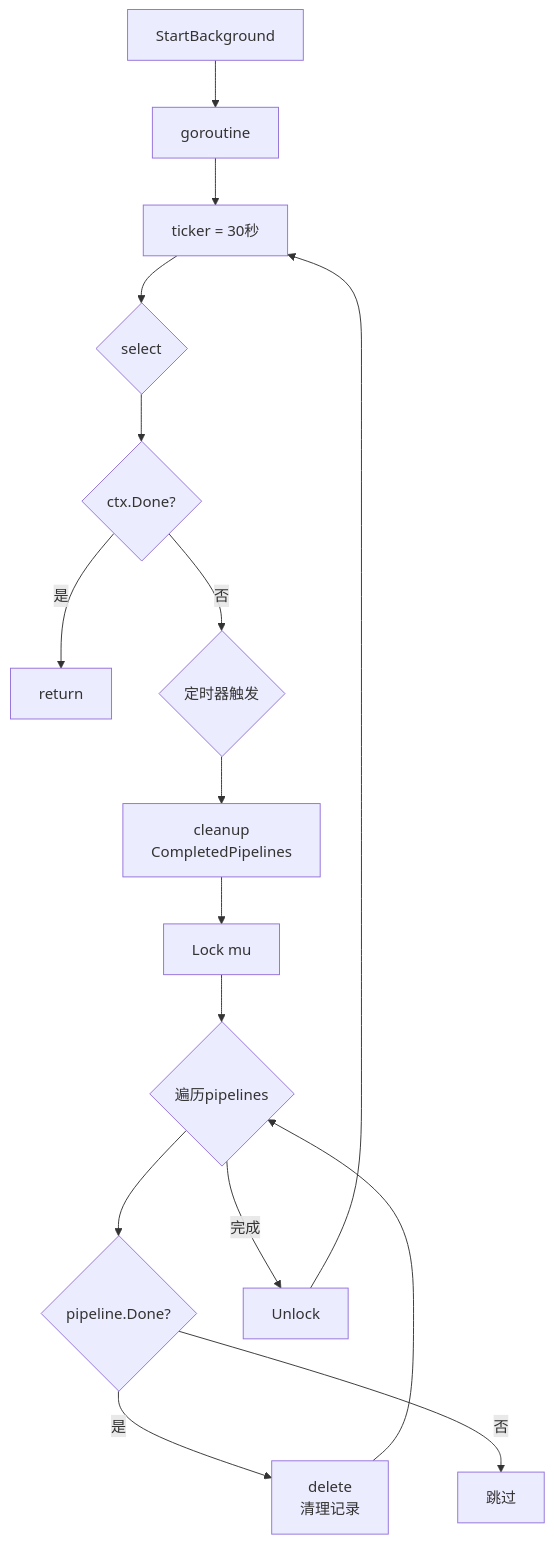
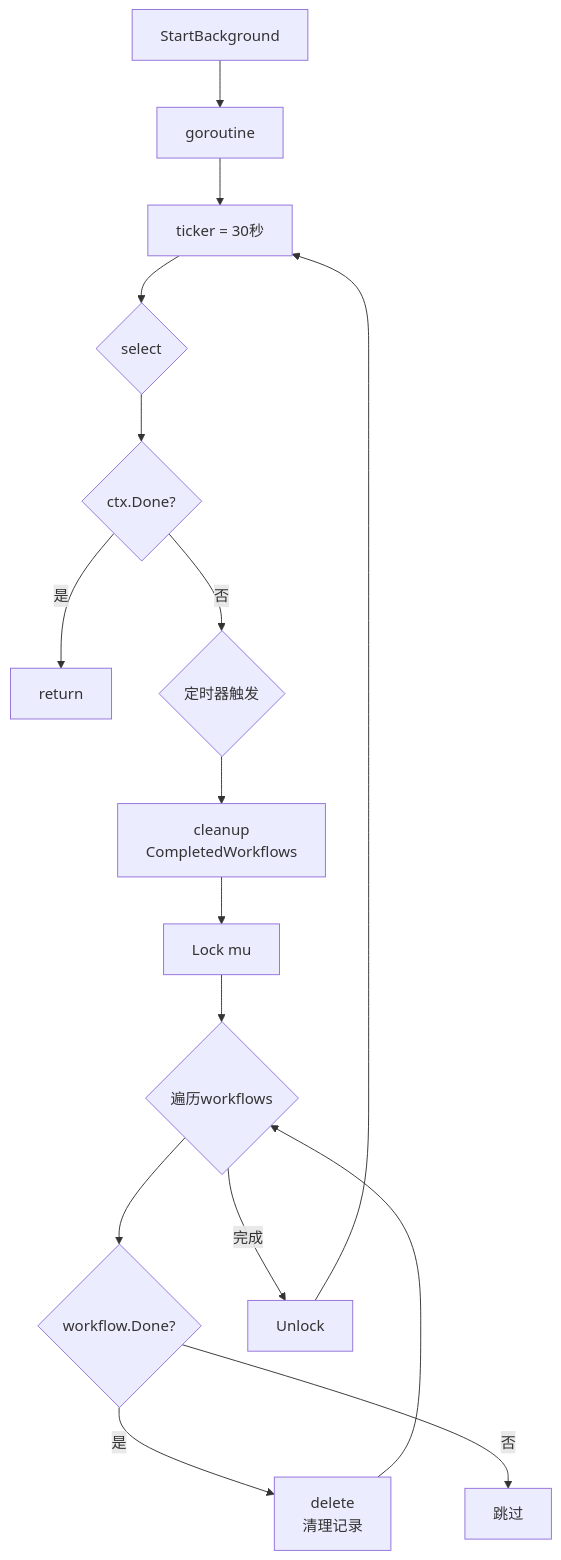
One commit to LerkoX/flowx changed diagram 11 of 12 in FLOWS.md. Above: the diagram before and after it, drawn with Mermaid. The commit also changed other lines of this file and 99 other files, not shown here.

First line of the commit message:
refactor: Pipeline 统一更名为 Workflow

````diff
--- a/FLOWS.md
+++ b/FLOWS.md
@@ -284,19 +284,19 @@
 ```mermaid
 flowchart TD
     A[StartBackground] --> B[goroutine]
     B --> C[ticker = 30秒]
     C --> D{select}
     D --> E{ctx.Done?}
     E -->|是| Z[return]
     E -->|否| F{定时器触发}
-    F --> G[cleanup<br/>CompletedPipelines]
+    F --> G[cleanup<br/>CompletedWorkflows]
 
     G --> H[Lock mu]
-    H --> I{遍历pipelines}
-    I --> J{pipeline.Done?}
+    H --> I{遍历workflows}
+    I --> J{workflow.Done?}
     J -->|是| K[delete<br/>清理记录]
     J -->|否| L[跳过]
     K --> I
     I -->|完成| M[Unlock]
     M --> C
 ```
````
